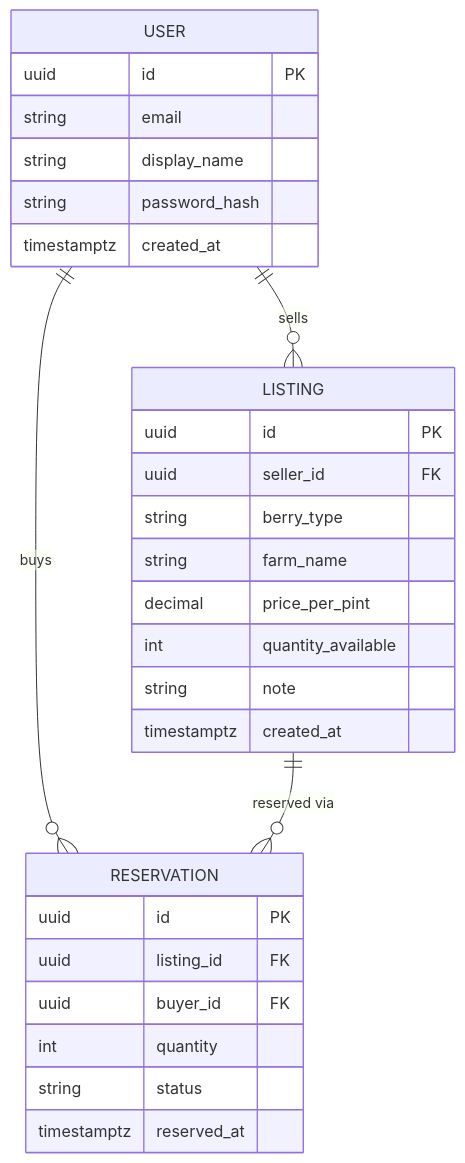
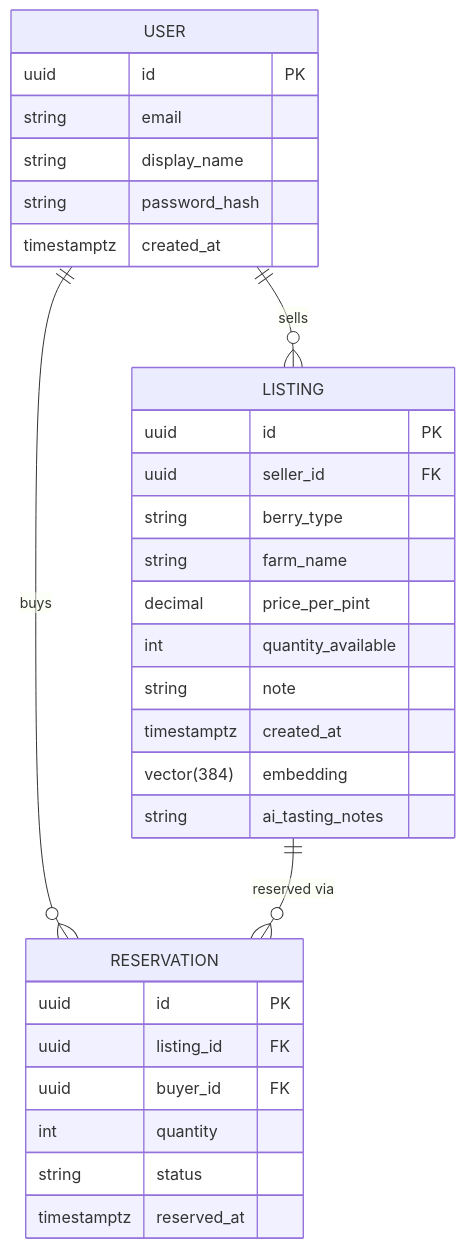
The diagram in docs/architecture/data-model.mmd (Nazarii-Mandiak/BerryMarketplace), drawn with Mermaid before and after one commit. The commit also changed 10 other files, not shown here.

Commit message:
Add pgvector embedding and AI tasting notes columns to Listing

```diff
--- a/docs/architecture/data-model.mmd
+++ b/docs/architecture/data-model.mmd
@@ -1,31 +1,33 @@
 %% Berry Exchange — supplementary: data model (ER diagram)
 erDiagram
     USER ||--o{ LISTING : sells
     USER ||--o{ RESERVATION : buys
     LISTING ||--o{ RESERVATION : "reserved via"
 
     USER {
         uuid id PK
         string email
         string display_name
         string password_hash
         timestamptz created_at
     }
     LISTING {
         uuid id PK
         uuid seller_id FK
         string berry_type
         string farm_name
         decimal price_per_pint
         int quantity_available
         string note
         timestamptz created_at
+        vector(384) embedding
+        string ai_tasting_notes
     }
     RESERVATION {
         uuid id PK
         uuid listing_id FK
         uuid buyer_id FK
         int quantity
         string status
         timestamptz reserved_at
     }
```
